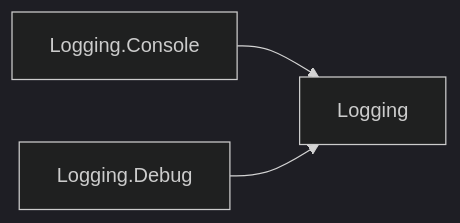
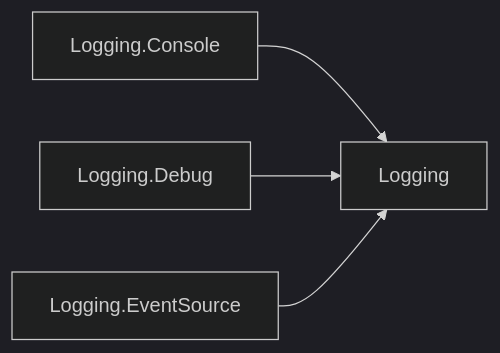
Before and after one commit to assimalign/cohesion: diagram 11 of 29 in docs/DEPENDENCIES.md, drawn with Mermaid (dark theme). The commit also changed other lines of this file and 24 other files, not shown here.

First line of the commit message:
feat(logging): add Assimalign.Cohesion.Logging.EventSource

````diff
--- a/docs/DEPENDENCIES.md
+++ b/docs/DEPENDENCIES.md
@@ -487,8 +487,10 @@
 ```mermaid
 flowchart LR
     N0["Logging"]
     N1["Logging.Console"]
     N2["Logging.Debug"]
+    N3["Logging.EventSource"]
     N1 --> N0
     N2 --> N0
+    N3 --> N0
 ```
````
